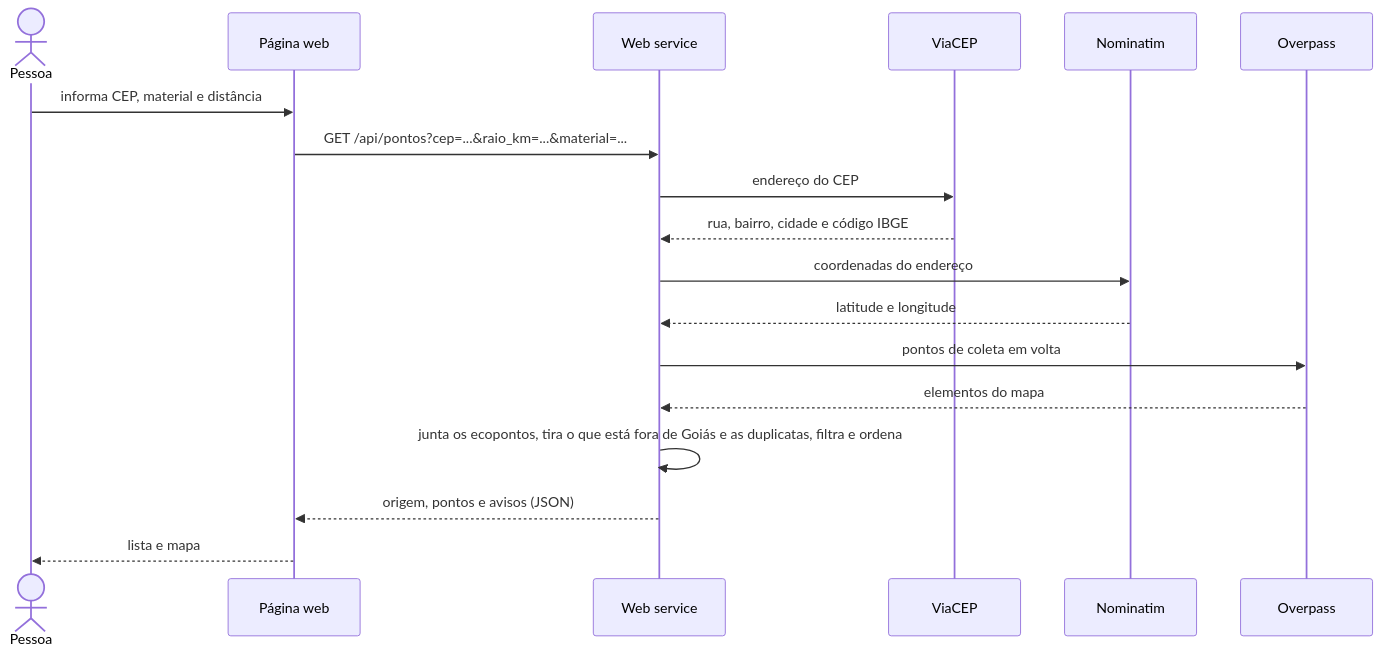
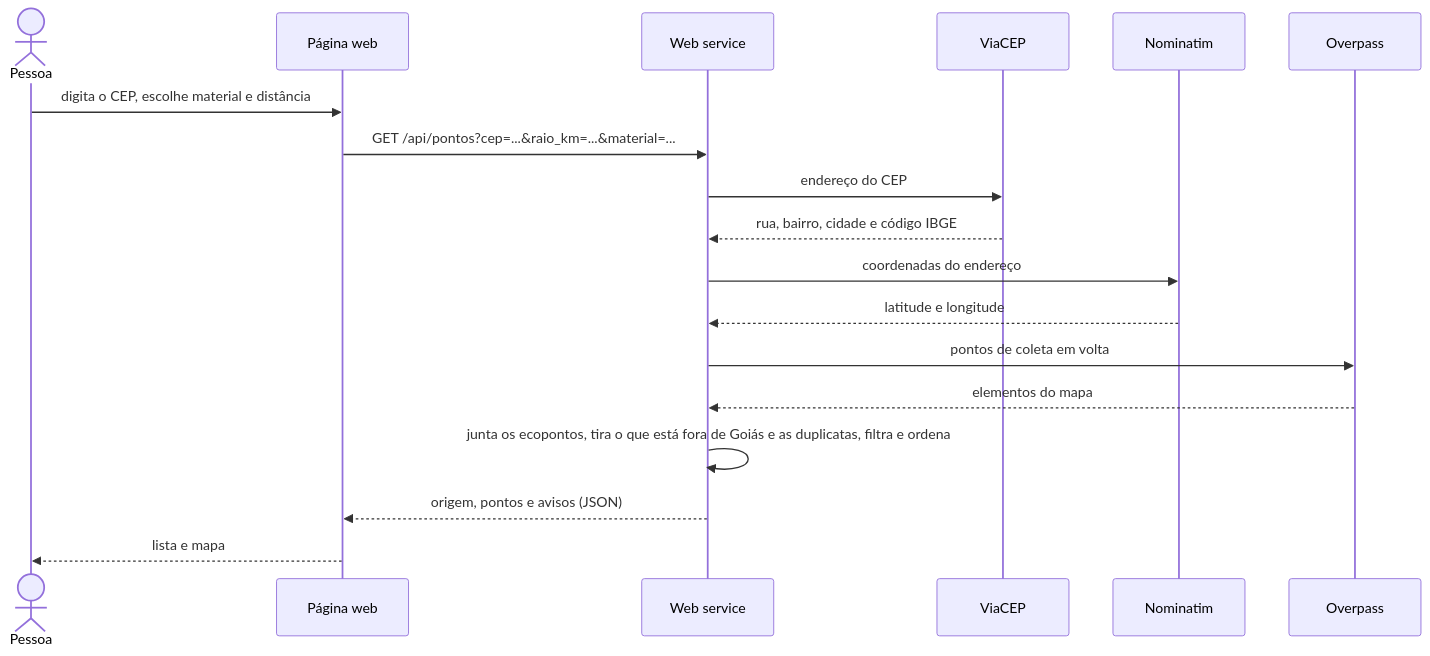
One commit to GustasSilva/residuogo changed the second of 4 diagrams in docs/DIAGRAMAS.md. Above: the diagram before and after it, drawn with Mermaid. The commit also changed other lines of this file and 22 other files, not shown here.

````diff
--- a/docs/DIAGRAMAS.md
+++ b/docs/DIAGRAMAS.md
@@ -46,21 +46,21 @@
 ```mermaid
 sequenceDiagram
     actor Pessoa
     participant P as Página web
     participant S as Web service
     participant V as ViaCEP
     participant N as Nominatim
     participant O as Overpass
 
-    Pessoa->>P: informa CEP, material e distância
+    Pessoa->>P: digita o CEP, escolhe material e distância
     P->>S: GET /api/pontos?cep=...&raio_km=...&material=...
     S->>V: endereço do CEP
     V-->>S: rua, bairro, cidade e código IBGE
     S->>N: coordenadas do endereço
     N-->>S: latitude e longitude
     S->>O: pontos de coleta em volta
     O-->>S: elementos do mapa
     S->>S: junta os ecopontos, tira o que está fora de Goiás e as duplicatas, filtra e ordena
     S-->>P: origem, pontos e avisos (JSON)
     P-->>Pessoa: lista e mapa
 ```
````
